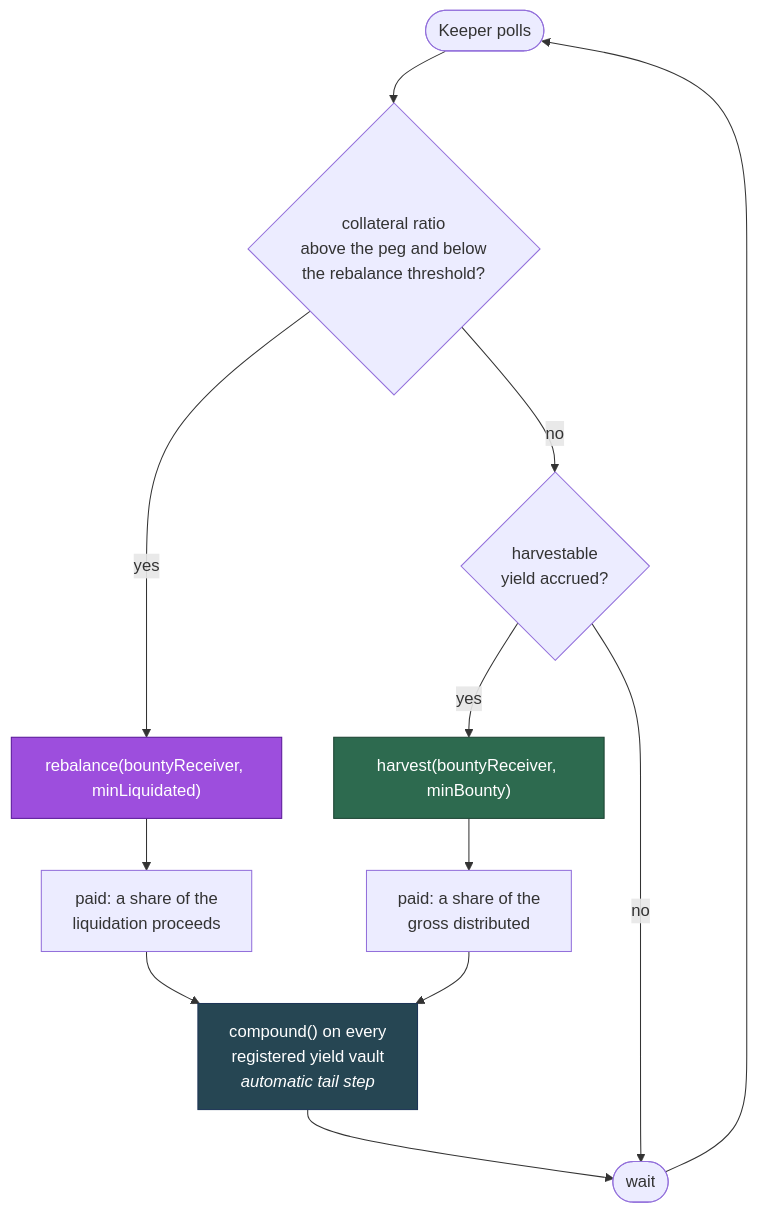
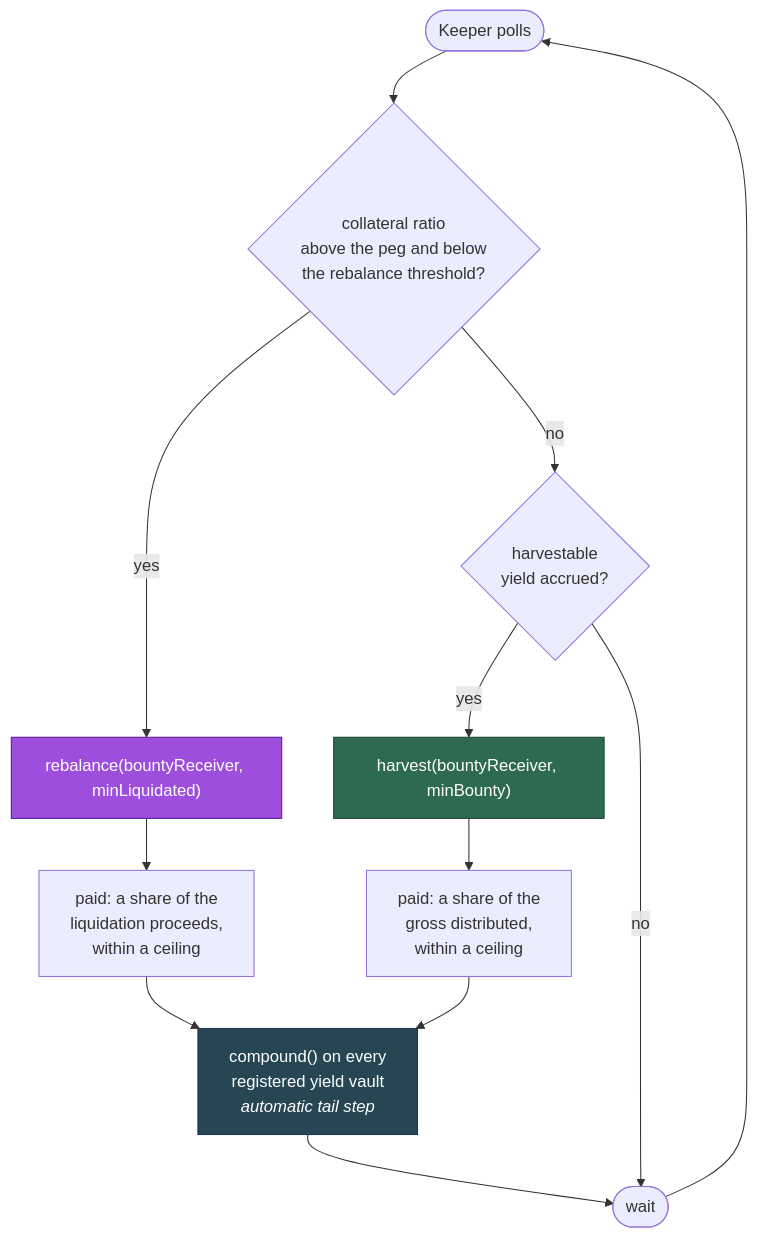
Diagram 12 of 16 in doc/functional-spec.md (baofinance/harbor), drawn with Mermaid before and after one commit. The commit also changed other lines of this file and 17 other files, not shown here.

````diff
--- a/doc/functional-spec.md
+++ b/doc/functional-spec.md
@@ -1590,18 +1610,18 @@
 ```mermaid
 flowchart TD
     Start(["Keeper polls"]) --> Q1{"collateral ratio<br/>above the peg and below<br/>the rebalance threshold?"}
     Q1 -->|yes| RB["rebalance(bountyReceiver, minLiquidated)"]
     Q1 -->|no| Q2{"harvestable<br/>yield accrued?"}
-    RB --> PAY1["paid: a share of the<br/>liquidation proceeds"]
+    RB --> PAY1["paid: a share of the<br/>liquidation proceeds,<br/>within a ceiling"]
     PAY1 --> CMP
     Q2 -->|yes| HV["harvest(bountyReceiver, minBounty)"]
     Q2 -->|no| Wait(["wait"])
-    HV --> PAY2["paid: a share of the<br/>gross distributed"]
+    HV --> PAY2["paid: a share of the<br/>gross distributed,<br/>within a ceiling"]
     PAY2 --> CMP["compound() on every<br/>registered yield vault<br/><i>automatic tail step</i>"]
     CMP --> Wait
     Wait --> Start
 
     style RB fill:#9d4edd,stroke:#5a189a,color:#fff
     style HV fill:#2d6a4f,stroke:#1b4332,color:#fff
     style CMP fill:#264653,stroke:#1d3557,color:#fff
 ```
````
